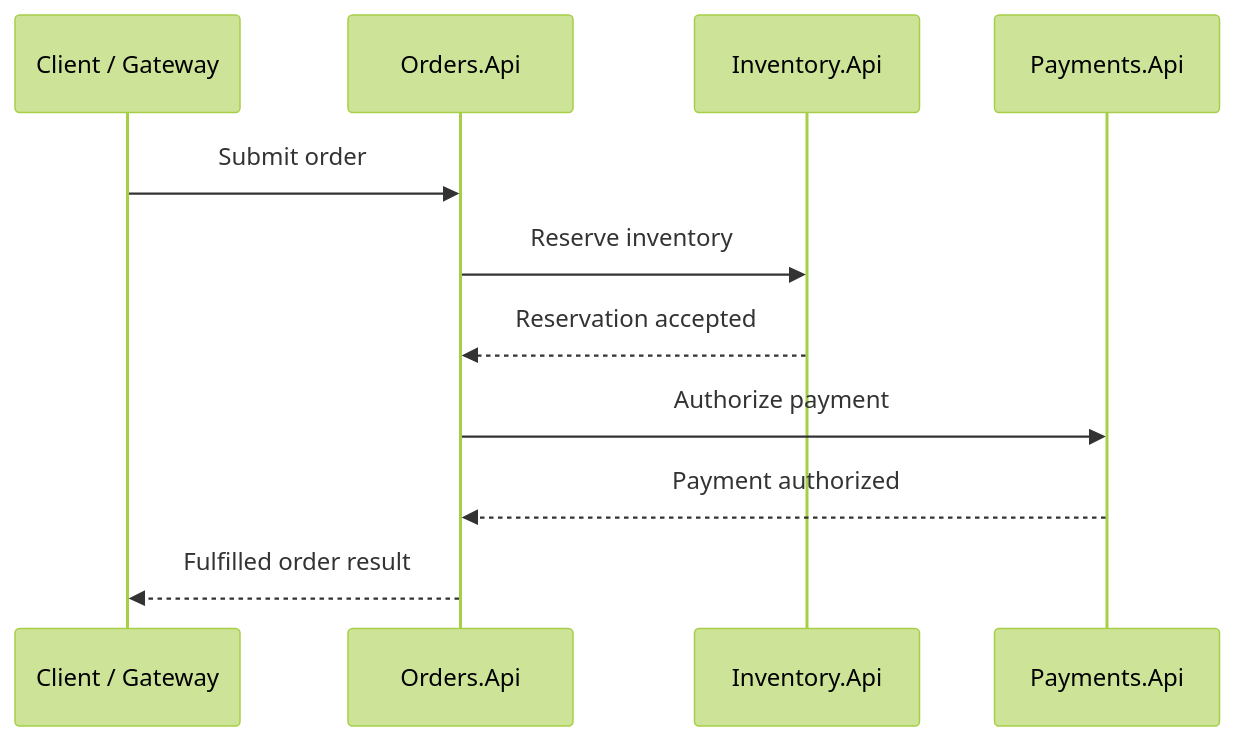
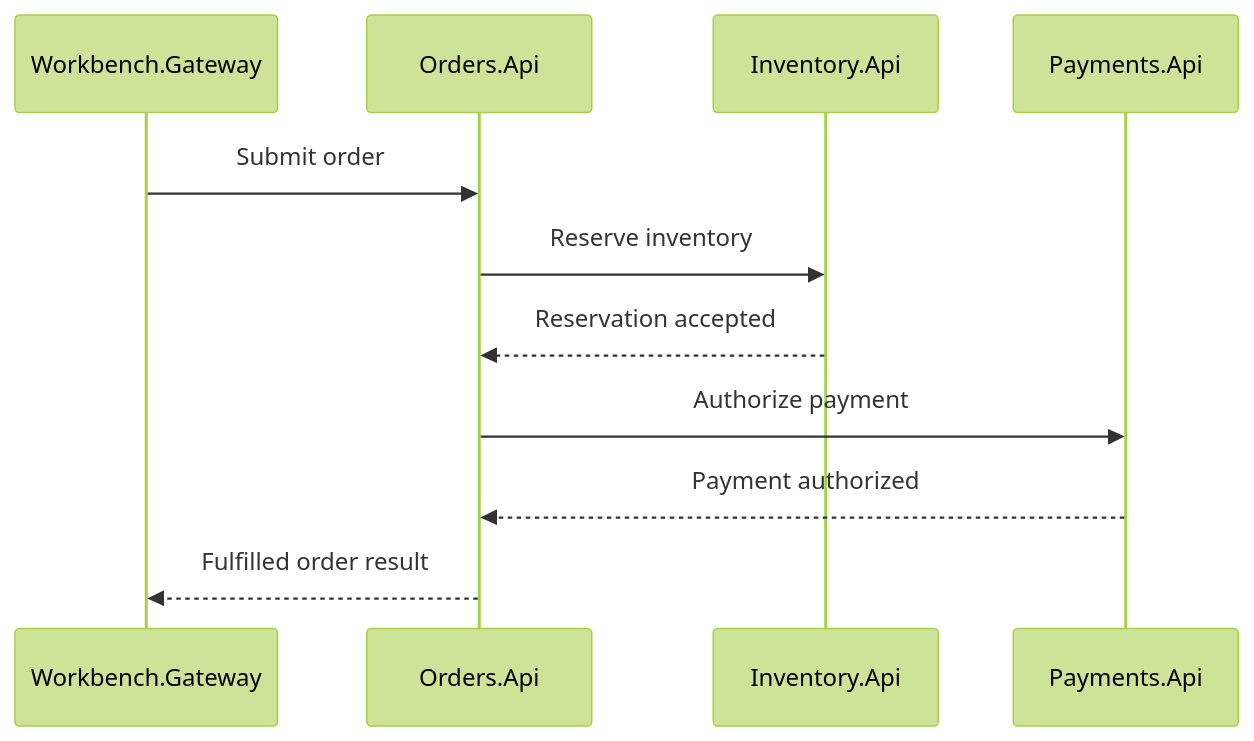
One commit to petesramek/microservices-vs-virtual-actors changed the second of 3 diagrams in docs/02-microservices-design.md. Above: the diagram before and after it, drawn with Mermaid (forest theme). The commit also changed other lines of this file and 39 other files, not shown here.

````diff
--- a/docs/02-microservices-design.md
+++ b/docs/02-microservices-design.md
@@ -62,14 +55,14 @@
 ```mermaid
 sequenceDiagram
-    participant Client as Client / Gateway
+    participant Gateway as Workbench.Gateway
     participant Orders as Orders.Api
     participant Inventory as Inventory.Api
     participant Payments as Payments.Api
 
-    Client->>Orders: Submit order
+    Gateway->>Orders: Submit order
     Orders->>Inventory: Reserve inventory
     Inventory-->>Orders: Reservation accepted
     Orders->>Payments: Authorize payment
     Payments-->>Orders: Payment authorized
-    Orders-->>Client: Fulfilled order result
+    Orders-->>Gateway: Fulfilled order result
 ```
````
